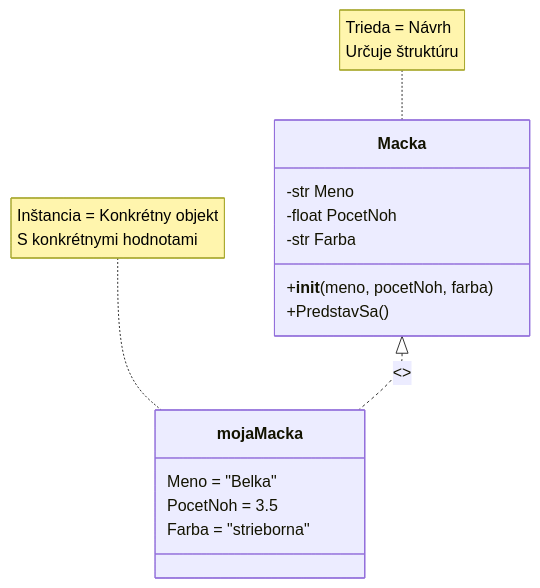
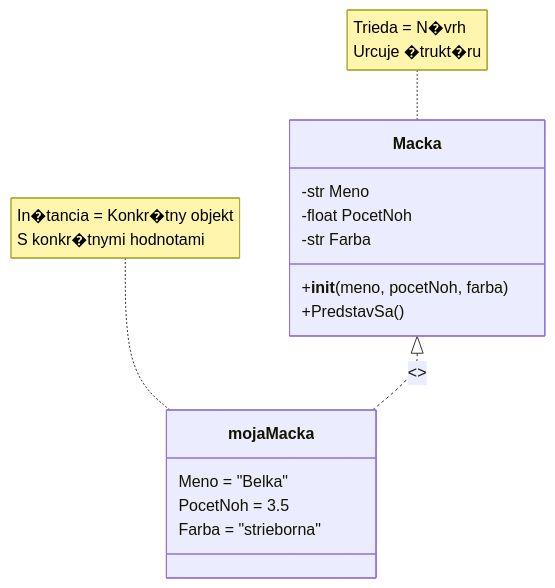
The first of 3 diagrams in Lessons_sk/13_classes_1_sk.md (SpsKnSK/api), drawn with Mermaid before and after one commit. The commit also changed other lines of this file and 136 other files, not shown here.

````diff
--- a/Lessons_sk/13_classes_1_sk.md
+++ b/Lessons_sk/13_classes_1_sk.md
@@ -32,21 +59,21 @@
 ```mermaid
 classDiagram
     class Macka {
         -str Meno
         -float PocetNoh
         -str Farba
         +__init__(meno, pocetNoh, farba)
         +PredstavSa()
     }
     
     class mojaMacka {
         Meno = "Belka"
         PocetNoh = 3.5
         Farba = "strieborna"
     }
     
     Macka <|.. mojaMacka : <<instance>>
     
-    note for Macka "Trieda = Návrh</br>Určuje štruktúru"
-    note for mojaMacka "Inštancia = Konkrétny objekt</br>S konkrétnymi hodnotami"
+    note for Macka "Trieda = N�vrh</br>Urcuje �trukt�ru"
+    note for mojaMacka "In�tancia = Konkr�tny objekt</br>S konkr�tnymi hodnotami"
 ```
````
